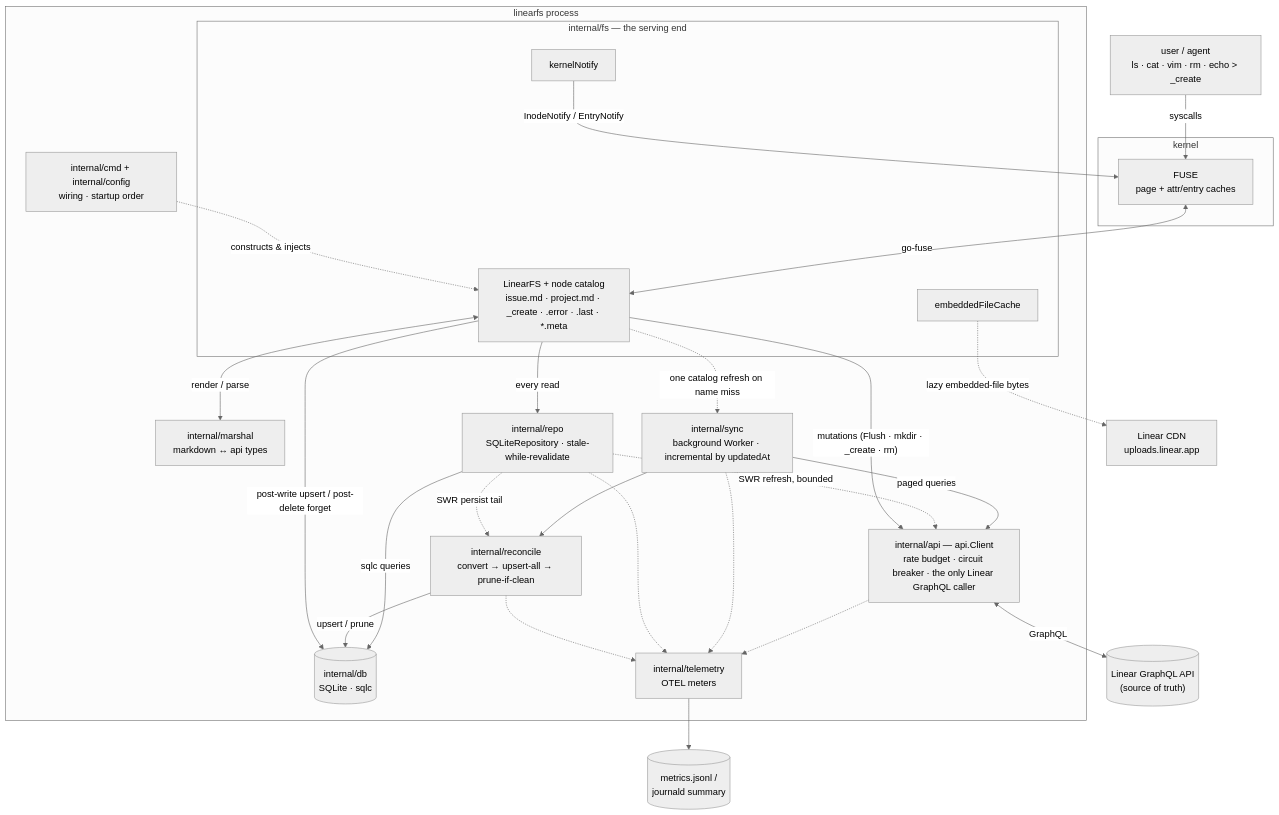
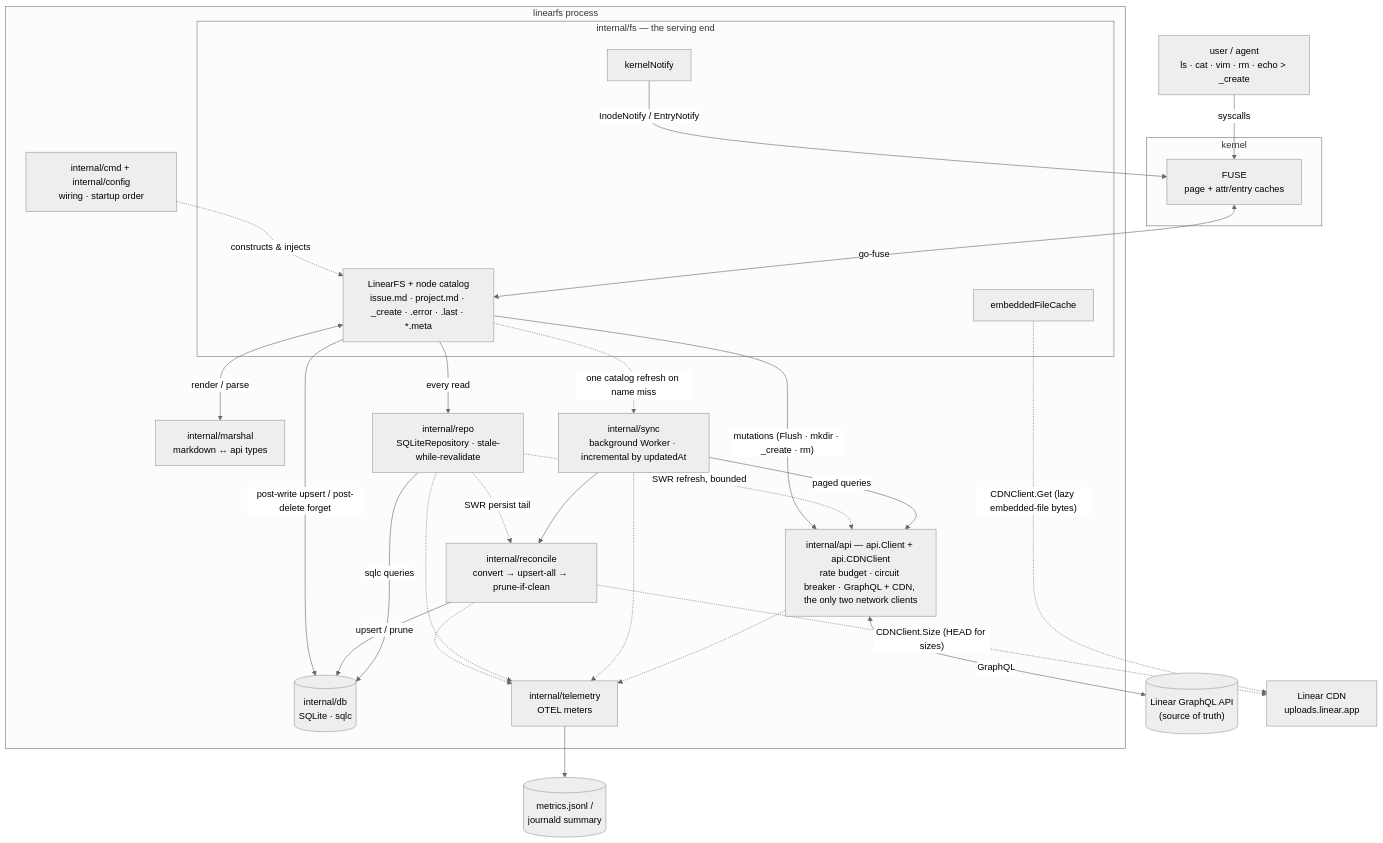
Before and after one commit to jra3/linear-fuse: the diagram in docs/ARCHITECTURE.md, drawn with Mermaid (neutral theme). The commit also changed other lines of this file and 9 other files, not shown here.

````diff
--- a/docs/ARCHITECTURE.md
+++ b/docs/ARCHITECTURE.md
@@ -13,56 +13,57 @@
 ```mermaid
 flowchart TB
     USER["user / agent<br/>ls · cat · vim · rm · echo &gt; _create"]
     LIN[("Linear GraphQL API<br/>(source of truth)")]
     CDN["Linear CDN<br/>uploads.linear.app"]
     METRICS[("metrics.jsonl /<br/>journald summary")]
 
     subgraph KERNEL["kernel"]
         FUSE["FUSE<br/>page + attr/entry caches"]
     end
 
     subgraph PROC["linearfs process"]
         CMD["internal/cmd + internal/config<br/>wiring · startup order"]
 
         subgraph FSP["internal/fs — the serving end"]
             LFS["LinearFS + node catalog<br/>issue.md · project.md · _create · .error · .last · *.meta"]
             KN["kernelNotify"]
             EFC["embeddedFileCache"]
         end
 
         MAR["internal/marshal<br/>markdown ↔ api types"]
         REPO["internal/repo<br/>SQLiteRepository · stale-while-revalidate"]
         DB[("internal/db<br/>SQLite · sqlc")]
         RECON["internal/reconcile<br/>convert → upsert-all → prune-if-clean"]
         WORKER["internal/sync<br/>background Worker · incremental by updatedAt"]
-        CLIENT["internal/api — api.Client<br/>rate budget · circuit breaker · the only Linear GraphQL caller"]
+        CLIENT["internal/api — api.Client + api.CDNClient<br/>rate budget · circuit breaker · GraphQL + CDN, the only two network clients"]
         TEL["internal/telemetry<br/>OTEL meters"]
     end
 
     %% ---- read path (never touches the Linear API) ----
     USER -->|syscalls| FUSE
     FUSE <-->|go-fuse| LFS
     LFS -->|every read| REPO
     REPO -->|sqlc queries| DB
     LFS <-->|render / parse| MAR
 
     %% ---- background ingest ----
     WORKER -->|paged queries| CLIENT
     CLIENT <-->|GraphQL| LIN
     WORKER --> RECON
     RECON -->|upsert / prune| DB
     REPO -.->|SWR refresh, bounded| CLIENT
     REPO -.->|SWR persist tail| RECON
 
     %% ---- write path (straight to API, then backfill) ----
     LFS -->|"mutations (Flush · mkdir · _create · rm)"| CLIENT
     LFS -->|post-write upsert / post-delete forget| DB
     LFS -.->|one catalog refresh on name miss| WORKER
     KN -->|InodeNotify / EntryNotify| FUSE
-    EFC -.->|lazy embedded-file bytes| CDN
+    EFC -.->|"CDNClient.Get (lazy embedded-file bytes)"| CDN
+    RECON -.->|"CDNClient.Size (HEAD for sizes)"| CDN
 
     %% ---- cross-cutting ----
     CMD -.->|constructs & injects| LFS
     CLIENT & WORKER & REPO & RECON -.-> TEL
     TEL --> METRICS
 ```
````
